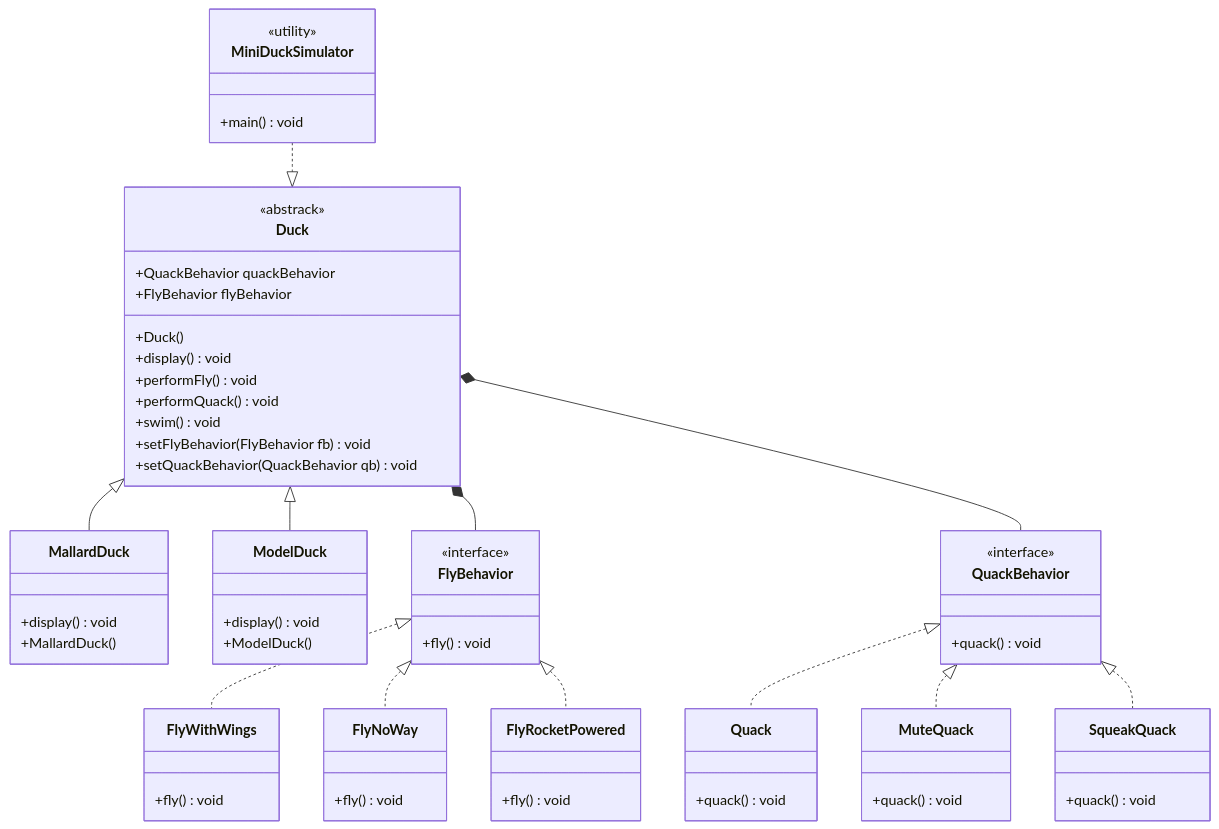
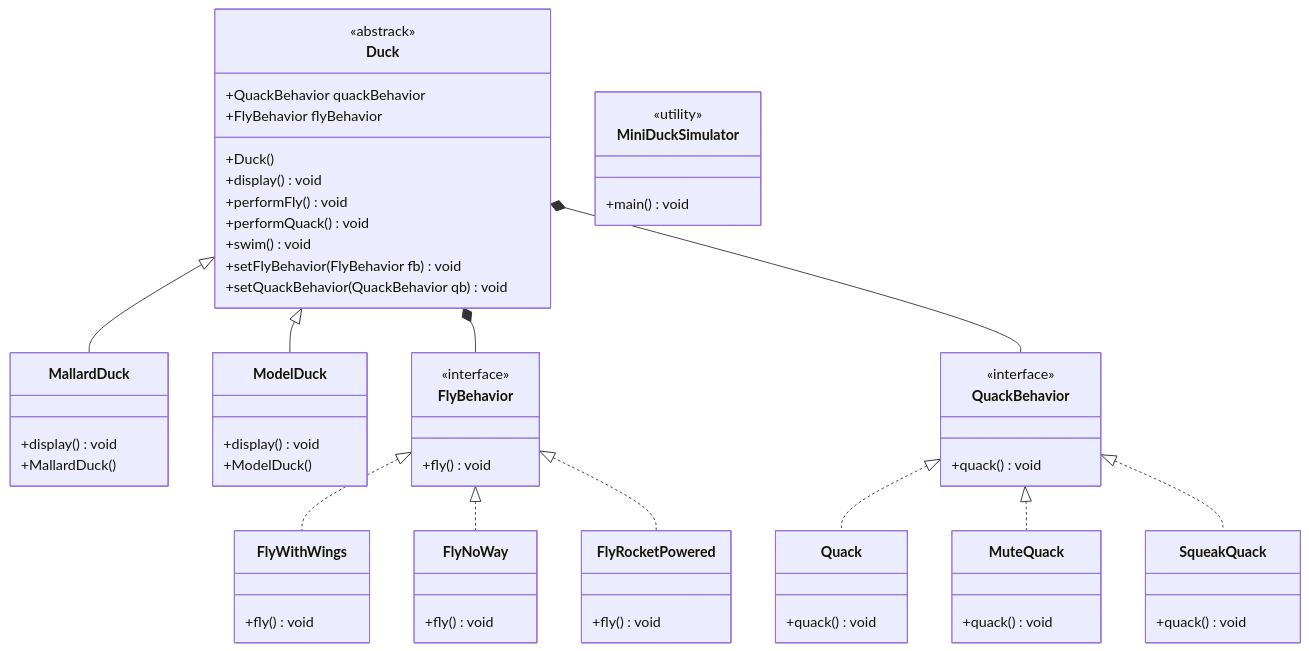
Before and after one commit to awayanan/hexo-blog-source: the diagram in source/_posts/策略模式.md, drawn with Mermaid.

Commit message:
策略模式UML图

````diff
--- a/source/_posts/策略模式.md
+++ b/source/_posts/策略模式.md
@@ -15,66 +15,65 @@
 ```mermaid
 classDiagram
-MiniDuckSimulator ..|> Duck
 Duck <|-- MallardDuck
 Duck <|-- ModelDuck
 Duck *-- FlyBehavior
 Duck *-- QuackBehavior
 FlyBehavior <|.. FlyWithWings
 FlyBehavior <|.. FlyNoWay
 FlyBehavior <|.. FlyRocketPowered
 QuackBehavior <|.. Quack
 QuackBehavior <|.. MuteQuack
 QuackBehavior <|.. SqueakQuack
 
 class MiniDuckSimulator{
     <<utility>>
     +main() void 
 }
 class Duck{
     <<abstrack>>
     +QuackBehavior quackBehavior
     +FlyBehavior flyBehavior
     +Duck()
     +display() void
     +performFly() void
     +performQuack() void
     +swim() void
     +setFlyBehavior(FlyBehavior fb) void
     +setQuackBehavior(QuackBehavior qb) void
 }
 class ModelDuck{
     +display() void
     +ModelDuck()
 }
 class MallardDuck{
     +display() void
     +MallardDuck()
 }
 class FlyBehavior{
     <<interface>>
     +fly() void
 }
 class FlyWithWings{
     +fly() void
 }
 class FlyNoWay{
     +fly() void
 }
 class FlyRocketPowered{
     +fly() void
 }
 
 class QuackBehavior{
     <<interface>>
     +quack() void
 }
 class Quack{
     +quack() void
 }
 class MuteQuack{
     +quack() void
 }
 class SqueakQuack{
     +quack() void
 }
 ```
````
